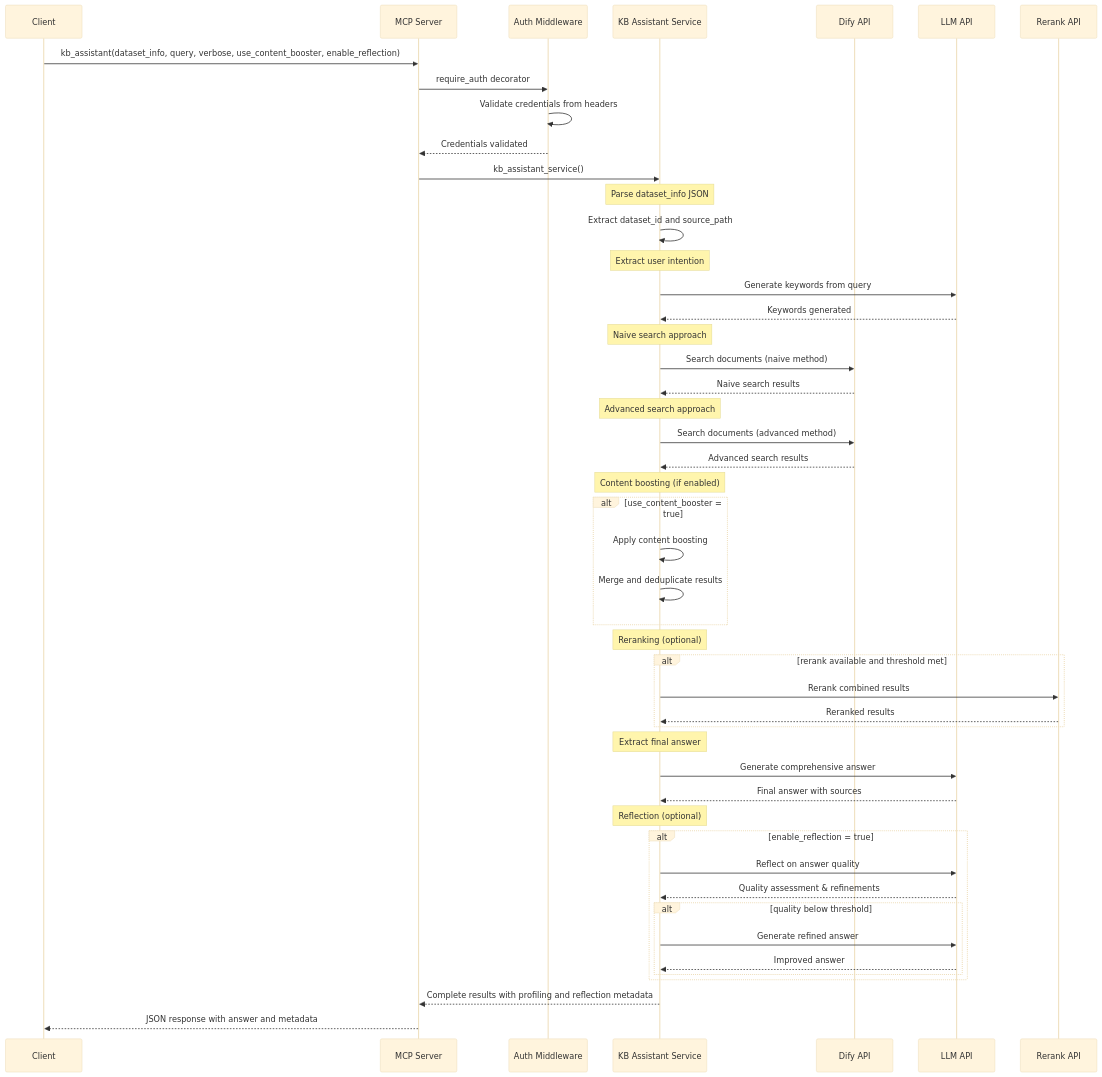
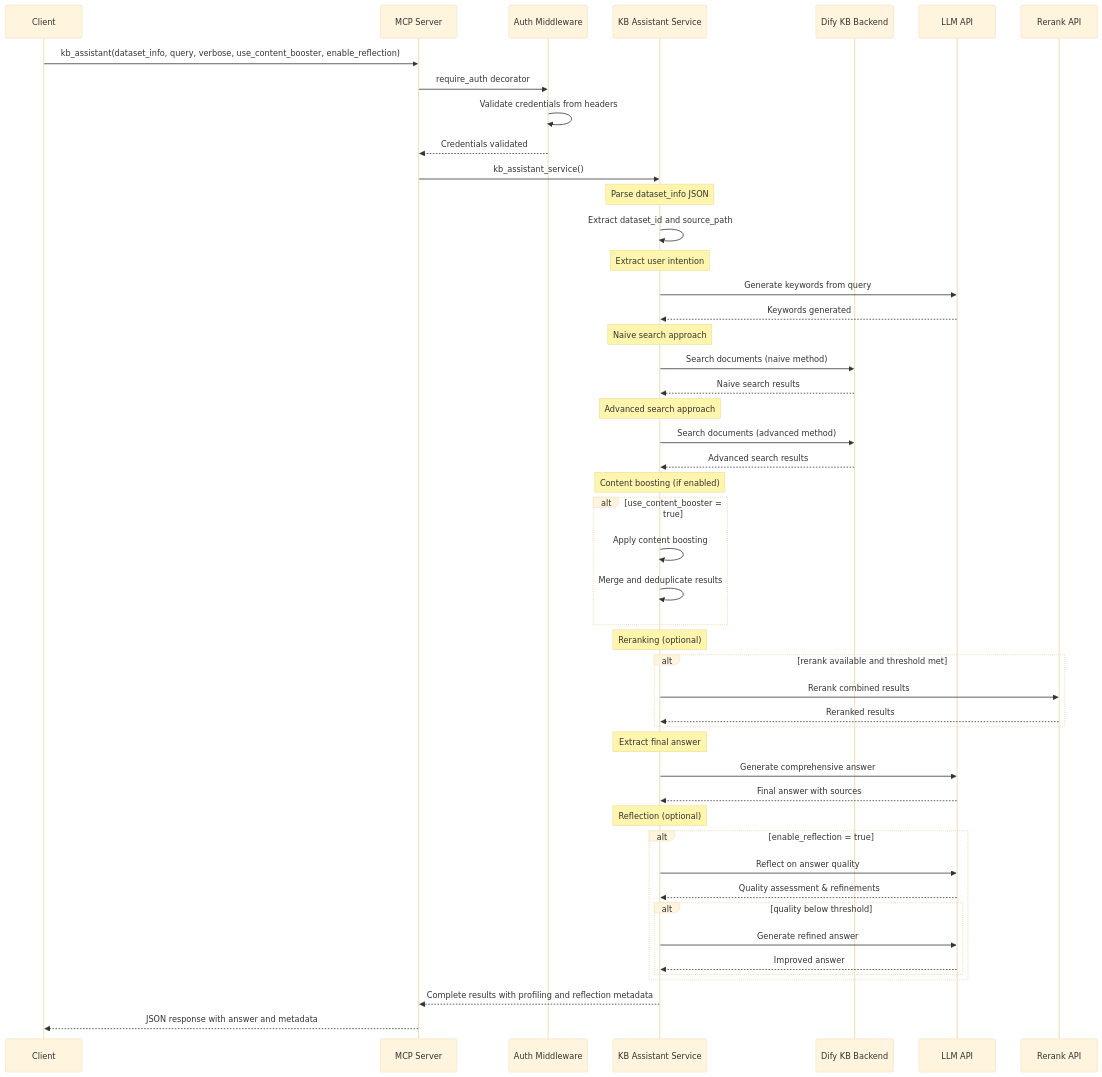
One commit to egpivo/egpivo.github.io changed the diagram in _posts/2025-10-20-knowledge-base-assistant-mcp.md. Above: the diagram before and after it, drawn with Mermaid (base theme). The commit also changed other lines of this file, not shown here.

Commit message:
Clarify MCP communicates with Dify KB backend; update diagram and text

````diff
--- a/_posts/2025-10-20-knowledge-base-assistant-mcp.md
+++ b/_posts/2025-10-20-knowledge-base-assistant-mcp.md
@@ -24,60 +24,60 @@
 ```mermaid
 sequenceDiagram
     participant Client
     participant MCP as MCP Server
     participant Auth as Auth Middleware
     participant KB as KB Assistant Service
-    participant Dify as Dify API
+    participant DifyKB as Dify KB Backend
     participant LLM as LLM API
     participant Rerank as Rerank API
 
     Client->>MCP: kb_assistant(dataset_info, query, verbose, use_content_booster, enable_reflection)
     MCP->>Auth: require_auth decorator
     Auth->>Auth: Validate credentials from headers
     Auth-->>MCP: Credentials validated
     MCP->>KB: kb_assistant_service()
 
     Note over KB: Parse dataset_info JSON
     KB->>KB: Extract dataset_id and source_path
 
     Note over KB: Extract user intention
     KB->>LLM: Generate keywords from query
     LLM-->>KB: Keywords generated
 
     Note over KB: Naive search approach
-    KB->>Dify: Search documents (naive method)
-    Dify-->>KB: Naive search results
+    KB->>DifyKB: Search documents (naive method)
+    DifyKB-->>KB: Naive search results
 
     Note over KB: Advanced search approach
-    KB->>Dify: Search documents (advanced method)
-    Dify-->>KB: Advanced search results
+    KB->>DifyKB: Search documents (advanced method)
+    DifyKB-->>KB: Advanced search results
 
     Note over KB: Content boosting (if enabled)
     alt use_content_booster = true
         KB->>KB: Apply content boosting
         KB->>KB: Merge and deduplicate results
     end
 
     Note over KB: Reranking (optional)
     alt rerank available and threshold met
         KB->>Rerank: Rerank combined results
         Rerank-->>KB: Reranked results
     end
 
     Note over KB: Extract final answer
     KB->>LLM: Generate comprehensive answer
     LLM-->>KB: Final answer with sources
 
     Note over KB: Reflection (optional)
     alt enable_reflection = true
         KB->>LLM: Reflect on answer quality
         LLM-->>KB: Quality assessment & refinements
         alt quality below threshold
             KB->>LLM: Generate refined answer
             LLM-->>KB: Improved answer
         end
     end
 
     KB-->>MCP: Complete results with profiling and reflection metadata
     MCP-->>Client: JSON response with answer and metadata
 ```
````
